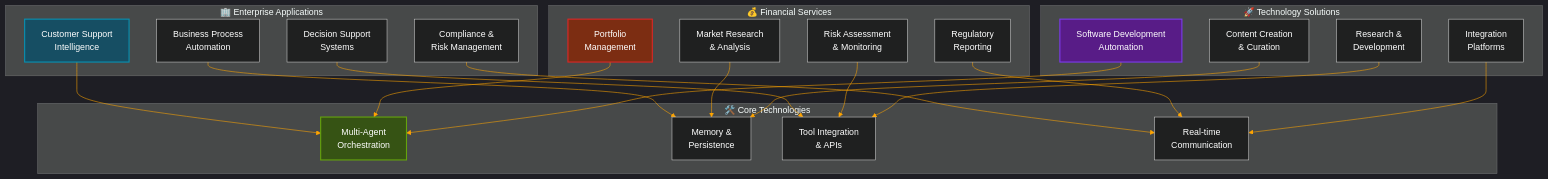
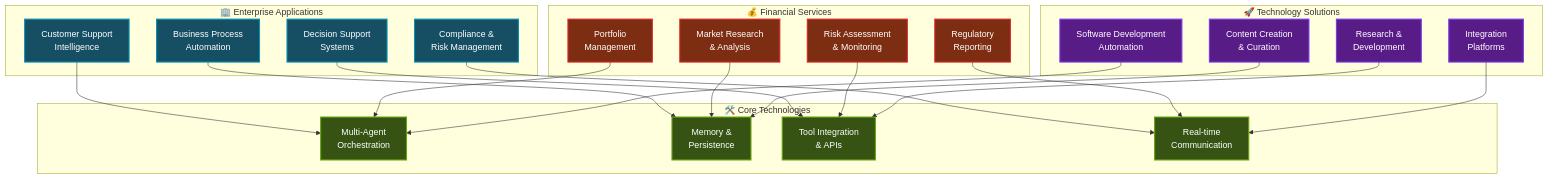
Before and after one commit to Jai-Keshav-Sharma/Agentic-AI-Frameworks: the fourth of 5 diagrams in README.md, drawn with Mermaid. The commit also changed other lines of this file and 1 other file, not shown here.

````diff
--- a/README.md
+++ b/README.md
@@ -295,49 +305,53 @@
 ```mermaid
-%%{init: {'theme':'dark','themeVariables': {'primaryColor': '#ff6b6b', 'primaryTextColor': '#fff', 'primaryBorderColor': '#ff6b6b', 'lineColor': '#ffa500', 'sectionBkColor': '#1e1e1e', 'altSectionBkColor': '#2d2d2d', 'gridColor': '#404040', 'textColor': '#ffffff', 'taskBkColor': '#404040', 'taskTextColor': '#ffffff', 'taskTextLightColor': '#ffffff', 'taskTextOutsideColor': '#ffffff', 'taskTextClickableColor': '#003163', 'activeTaskBkColor': '#ff6b6b', 'activeTaskBorderColor': '#ff6b6b'}}}%%
 graph TB
     subgraph "🏢 Enterprise Applications"
         A[Customer Support<br/>Intelligence]
         B[Business Process<br/>Automation]
         C[Decision Support<br/>Systems]
         D[Compliance &<br/>Risk Management]
     end
     
     subgraph "💰 Financial Services"
         E[Portfolio<br/>Management]
         F[Market Research<br/>& Analysis]
         G[Risk Assessment<br/>& Monitoring]
         H[Regulatory<br/>Reporting]
     end
     
     subgraph "🚀 Technology Solutions"
         I[Software Development<br/>Automation]
         J[Content Creation<br/>& Curation]
         K[Research &<br/>Development]
         L[Integration<br/>Platforms]
     end
     
     subgraph "🛠️ Core Technologies"
         M[Multi-Agent<br/>Orchestration]
         N[Memory &<br/>Persistence]
         O[Tool Integration<br/>& APIs]
         P[Real-time<br/>Communication]
     end
     
     A --> M
     B --> N
     C --> O
     D --> P
     E --> M
     F --> N
     G --> O
     H --> P
     I --> M
     J --> N
     K --> O
     L --> P
     
-    style A fill:#164e63,stroke:#0891b2,stroke-width:2px,color:#ffffff
-    style E fill:#7c2d12,stroke:#dc2626,stroke-width:2px,color:#ffffff
-    style I fill:#581c87,stroke:#7c3aed,stroke-width:2px,color:#ffffff
-    style M fill:#365314,stroke:#65a30d,stroke-width:2px,color:#ffffff
+    classDef enterprise fill:#164e63,stroke:#0891b2,stroke-width:2px,color:#ffffff
+    classDef financial fill:#7c2d12,stroke:#dc2626,stroke-width:2px,color:#ffffff
+    classDef technology fill:#581c87,stroke:#7c3aed,stroke-width:2px,color:#ffffff
+    classDef core fill:#365314,stroke:#65a30d,stroke-width:2px,color:#ffffff
+    
+    class A,B,C,D enterprise
+    class E,F,G,H financial
+    class I,J,K,L technology
+    class M,N,O,P core
 ```
````
